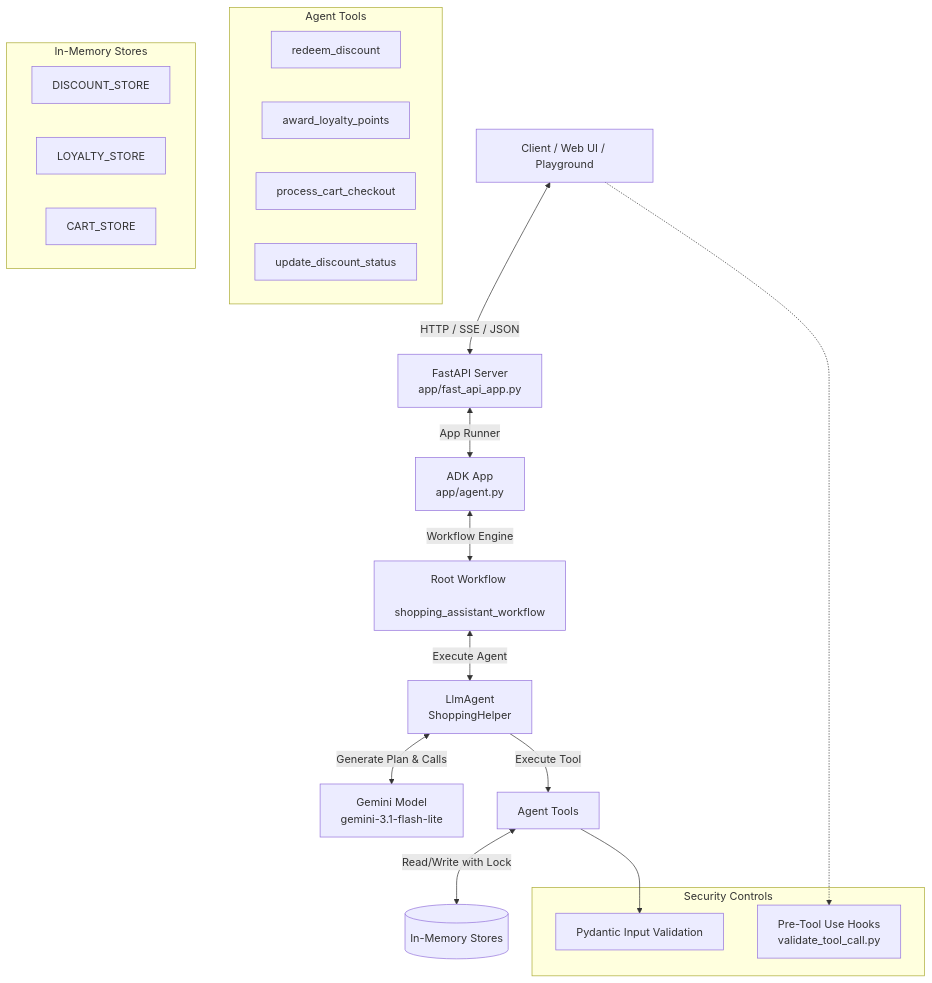
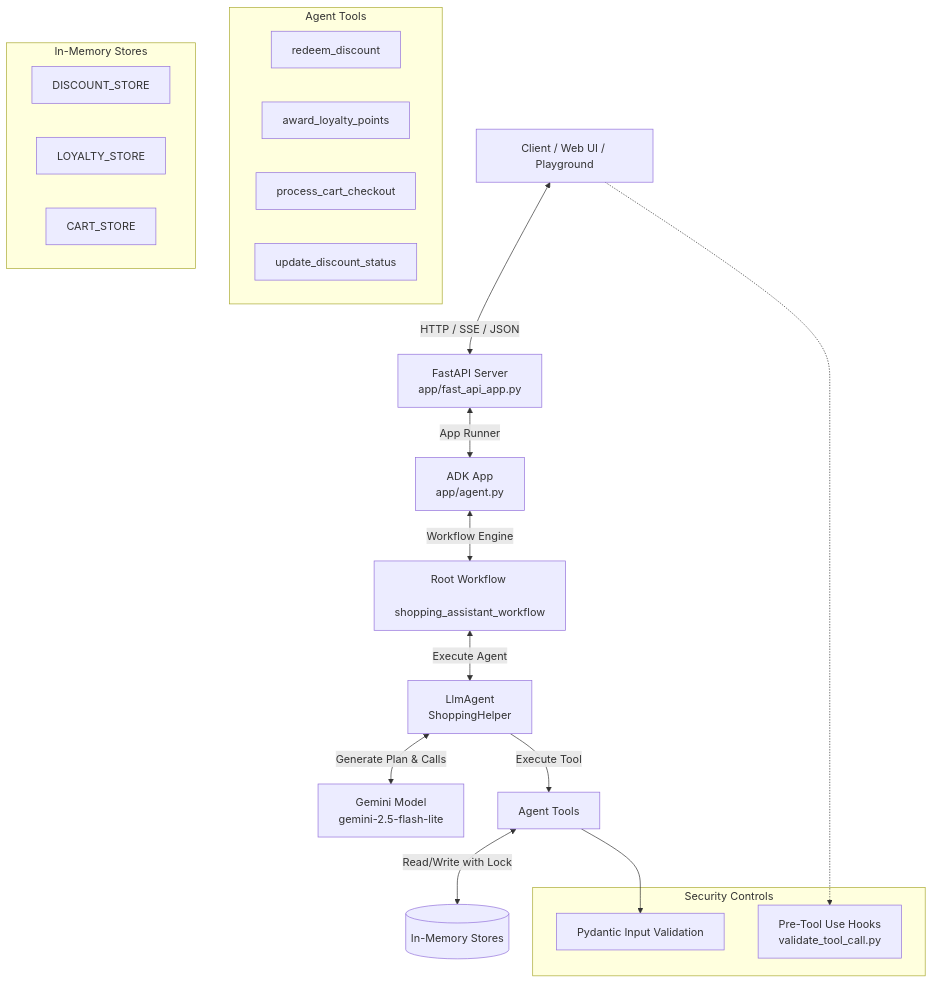
The diagram in README.md (alihasmat/retail-shopping-assistant), drawn with Mermaid before and after one commit. The commit also changed 3 other files, not shown here.

Commit message:
Update model to gemini-2.5-flash-lite to ensure compatibility with us-east1

````diff
--- a/README.md
+++ b/README.md
@@ -13,33 +13,33 @@
 ```mermaid
 graph TD
     Client[Client / Web UI / Playground] <-->|HTTP / SSE / JSON| FastAPI[FastAPI Server <br> app/fast_api_app.py]
     FastAPI <-->|App Runner| ADKApp[ADK App <br> app/agent.py]
     ADKApp <-->|Workflow Engine| Workflows[Root Workflow <br> shopping_assistant_workflow]
     Workflows <-->|Execute Agent| LlmAgent[LlmAgent <br> ShoppingHelper]
-    LlmAgent <-->|Generate Plan & Calls| LLM[Gemini Model <br> gemini-3.1-flash-lite]
+    LlmAgent <-->|Generate Plan & Calls| LLM[Gemini Model <br> gemini-2.5-flash-lite]
 
     LlmAgent -->|Execute Tool| Tools[Agent Tools]
 
     subgraph Agent Tools
         redeem_discount[redeem_discount]
         award_loyalty_points[award_loyalty_points]
         process_cart_checkout[process_cart_checkout]
         update_discount_status[update_discount_status]
     end
 
     Tools <-->|Read/Write with Lock| Stores[(In-Memory Stores)]
 
     subgraph In-Memory Stores
         DISCOUNT_STORE[DISCOUNT_STORE]
         LOYALTY_STORE[LOYALTY_STORE]
         CART_STORE[CART_STORE]
     end
 
     subgraph Security Controls
         Validation[Pydantic Input Validation]
         Hooks[Pre-Tool Use Hooks <br> validate_tool_call.py]
     end
 
     Tools --> Validation
     Client -.-> Hooks
 ```
````
